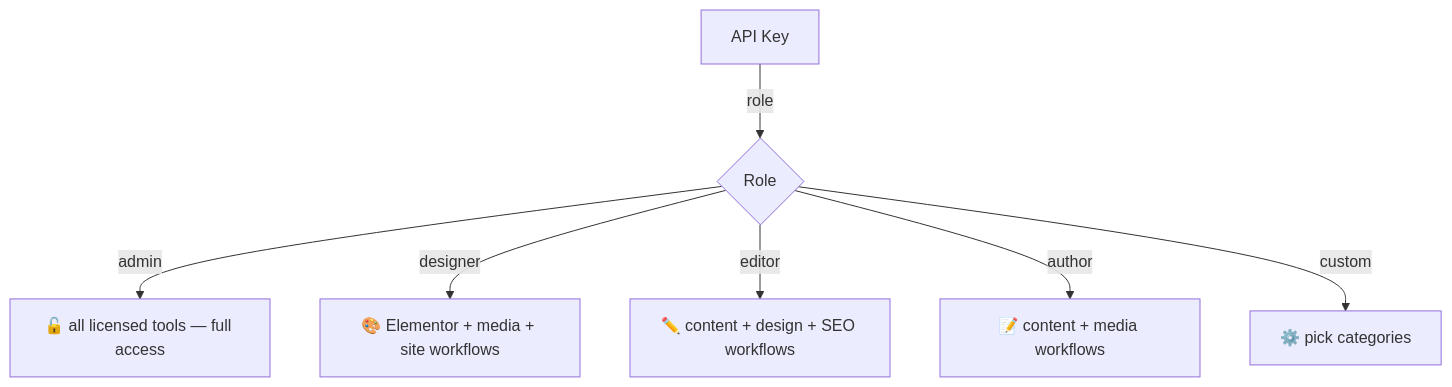
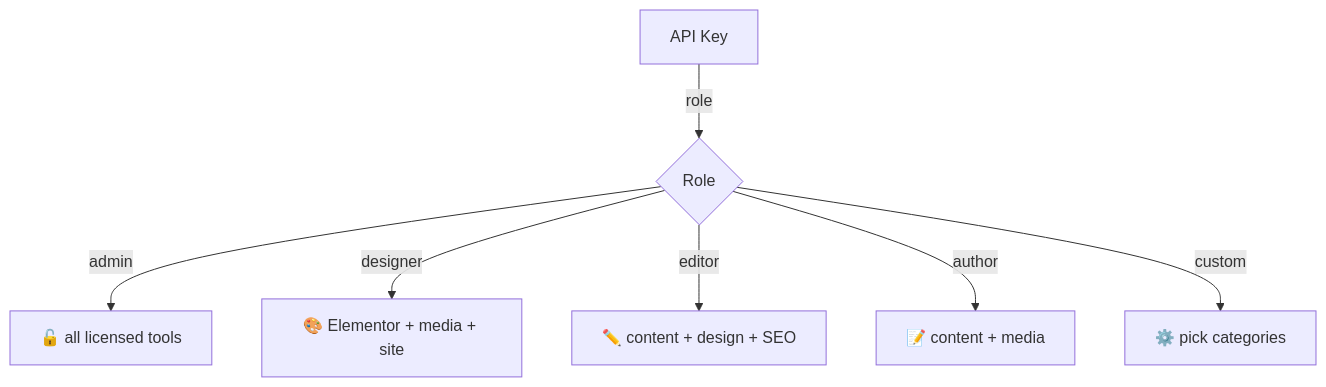
The second of 2 diagrams in README.md (Mumega-com/mcpwp), drawn with Mermaid before and after one commit. The commit also changed other lines of this file and 1 other file, not shown here.

````diff
--- a/README.md
+++ b/README.md
@@ -136,9 +286,9 @@
 ```mermaid
 graph TD
     A[API Key] -->|role| B{Role}
-    B -->|admin| C["🔓 all licensed tools — full access"]
-    B -->|designer| D["🎨 Elementor + media + site workflows"]
-    B -->|editor| E["✏️ content + design + SEO workflows"]
-    B -->|author| F["📝 content + media workflows"]
+    B -->|admin| C["🔓 all licensed tools"]
+    B -->|designer| D["🎨 Elementor + media + site"]
+    B -->|editor| E["✏️ content + design + SEO"]
+    B -->|author| F["📝 content + media"]
     B -->|custom| G["⚙️ pick categories"]
 ```
````
